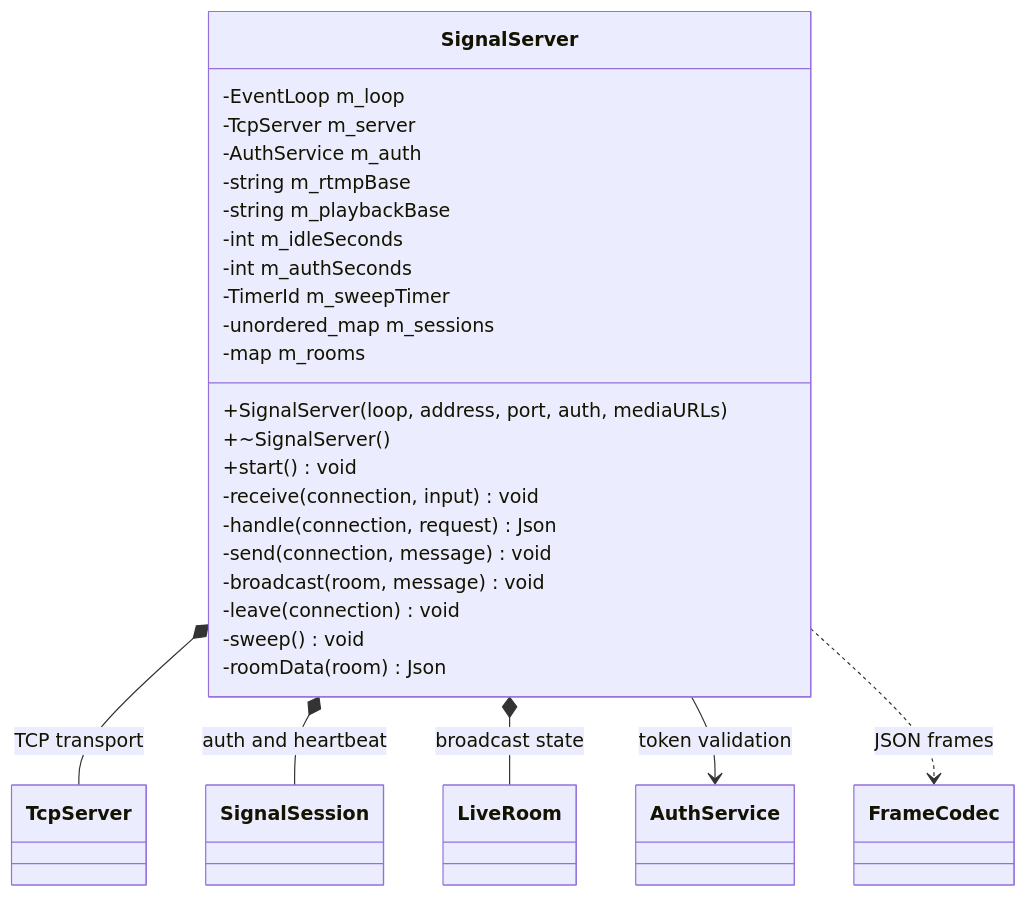
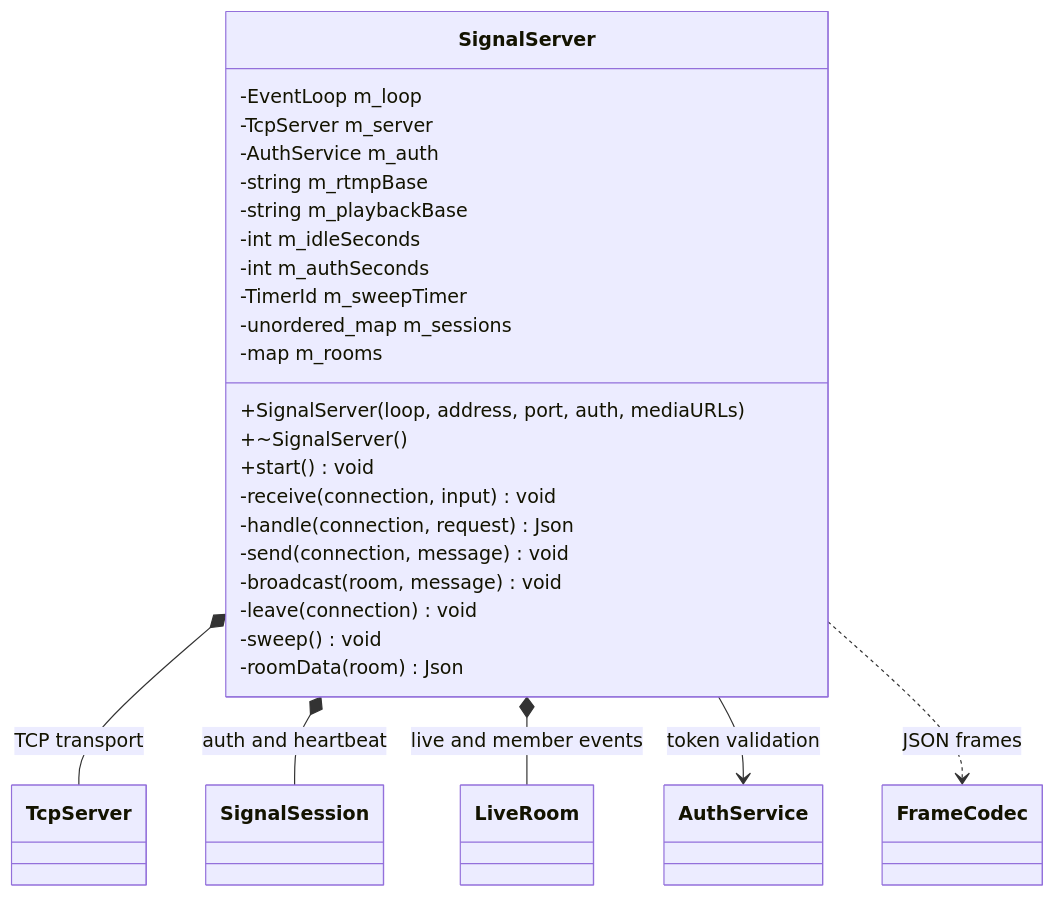
One commit to kingsman-svg/OBS changed the diagram in docs/uml/SignalServer.mmd. Above: the diagram before and after it, drawn with Mermaid. The commit also changed 81 other files, not shown here.

```diff
--- a/docs/uml/SignalServer.mmd
+++ b/docs/uml/SignalServer.mmd
@@ -1,28 +1,28 @@
 classDiagram
 class SignalServer {
   -EventLoop m_loop
   -TcpServer m_server
   -AuthService m_auth
   -string m_rtmpBase
   -string m_playbackBase
   -int m_idleSeconds
   -int m_authSeconds
   -TimerId m_sweepTimer
   -unordered_map m_sessions
   -map m_rooms
   +SignalServer(loop, address, port, auth, mediaURLs)
   +~SignalServer()
   +start() void
   -receive(connection, input) void
   -handle(connection, request) Json
   -send(connection, message) void
   -broadcast(room, message) void
   -leave(connection) void
   -sweep() void
   -roomData(room) Json
 }
 SignalServer *-- TcpServer : TCP transport
 SignalServer *-- SignalSession : auth and heartbeat
-SignalServer *-- LiveRoom : broadcast state
+SignalServer *-- LiveRoom : live and member events
 SignalServer --> AuthService : token validation
 SignalServer ..> FrameCodec : JSON frames
```
